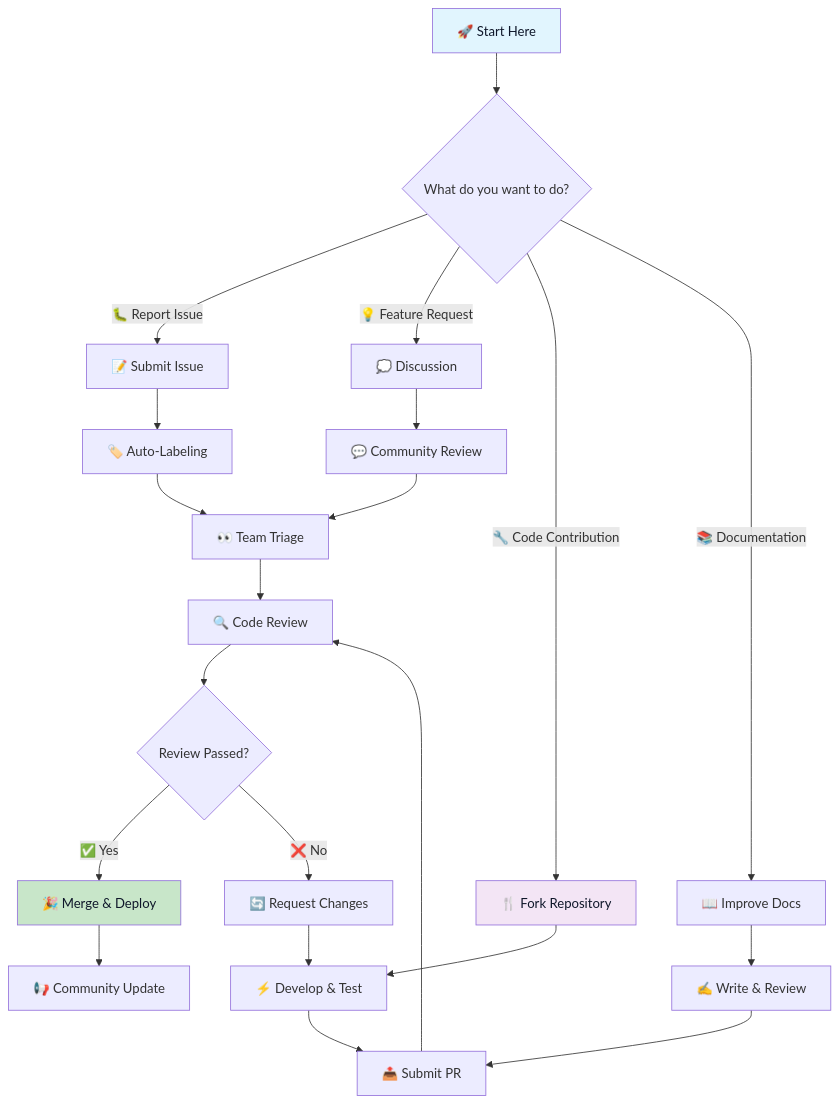
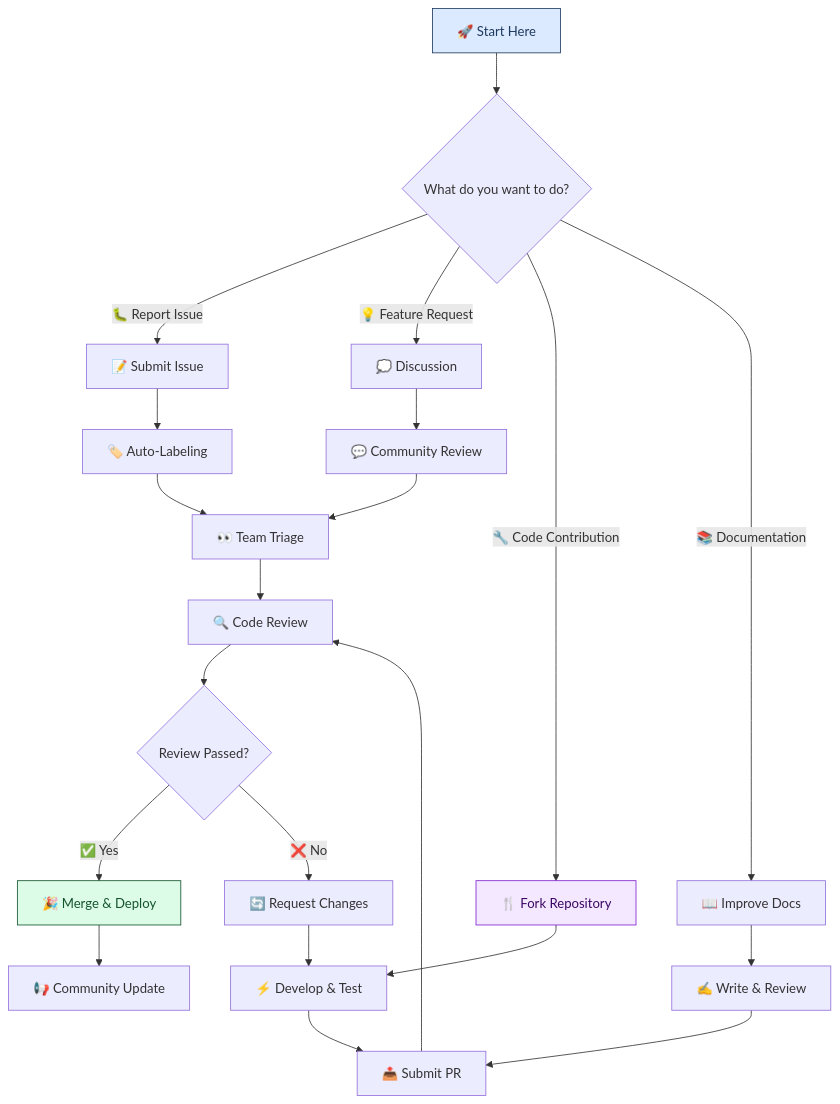
One commit to lightspeedwp/.github changed the second of 4 diagrams in profile/README.md. Above: the diagram before and after it, drawn with Mermaid. The commit also changed other lines of this file and 181 other files, not shown here.

Commit message:
docs: maintenance updates (Mermaid + staleness)

````diff
--- a/profile/README.md
+++ b/profile/README.md
@@ -110,35 +110,35 @@
 ```mermaid
 flowchart TD
   accTitle: 🔄 Contribution Process Flow
   accDescr: Flowchart diagram showing 🔄 contribution process flow
     A[🚀 Start Here] --> B{What do you want to do?}
 
     B -->|🐛 Report Issue| C[📝 Submit Issue]
     B -->|💡 Feature Request| D[💭 Discussion]
     B -->|🔧 Code Contribution| E[🍴 Fork Repository]
     B -->|📚 Documentation| F[📖 Improve Docs]
 
     C --> G[🏷️ Auto-Labeling]
     D --> H[💬 Community Review]
     E --> I[⚡ Develop & Test]
     F --> J[✍️ Write & Review]
 
     G --> K[👀 Team Triage]
     H --> K
     I --> L[📤 Submit PR]
     J --> L
 
     K --> M[🔍 Code Review]
     L --> M
 
     M --> N{Review Passed?}
     N -->|✅ Yes| O[🎉 Merge & Deploy]
     N -->|❌ No| P[🔄 Request Changes]
 
     P --> I
     O --> Q[📢 Community Update]
 
-    style A fill:#e1f5fe,color:#0f172a
-    style E fill:#f3e5f5,color:#0f172a
-    style O fill:#c8e6c9,color:#0f172a
+    style A fill:#dbeafe,color:#1e3a5f,stroke:#1e3a5f
+    style E fill:#f3e8ff,color:#3b0764,stroke:#7e22ce
+    style O fill:#dcfce7,color:#14532d,stroke:#14532d
 ```
````
